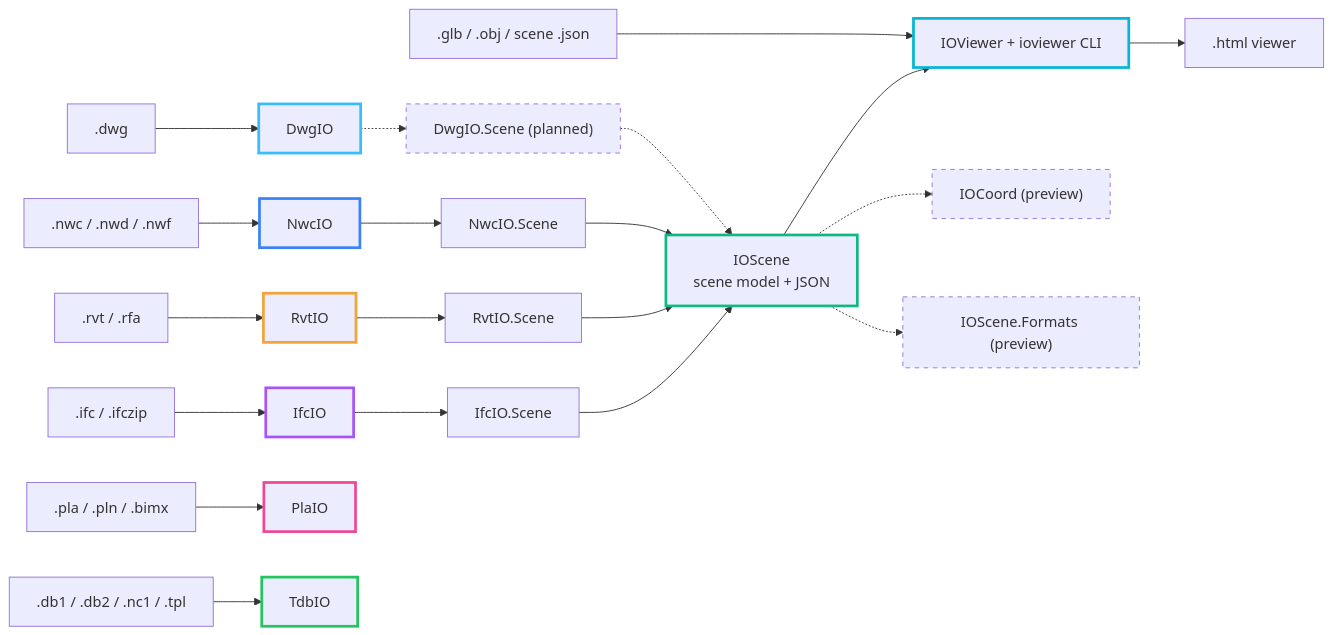
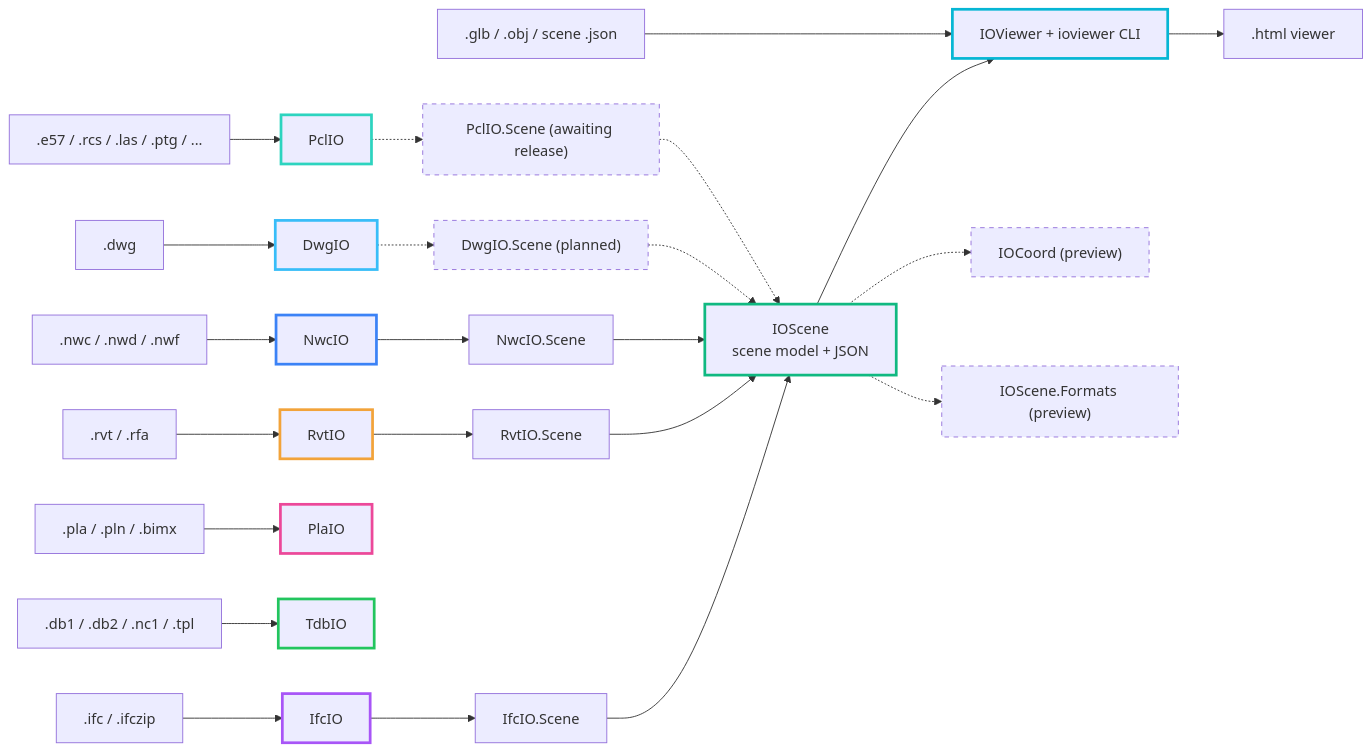
Before and after one commit to IOExtend/.github: the diagram in profile/README.md, drawn with Mermaid. The commit also changed other lines of this file, not shown here.

Commit message:
docs: add PclIO and its scene adapter to the organization profile

````diff
--- a/profile/README.md
+++ b/profile/README.md
@@ -56,44 +57,49 @@
 ```mermaid
 flowchart LR
   ifc[".ifc / .ifczip"] --> IfcIO
   rvt[".rvt / .rfa"] --> RvtIO
   nwc[".nwc / .nwd / .nwf"] --> NwcIO
   dwg[".dwg"] --> DwgIO
   pla[".pla / .pln / .bimx"] --> PlaIO
   tdb[".db1 / .db2 / .nc1 / .tpl"] --> TdbIO
+  pcl[".e57 / .rcs / .las / .ptg / ..."] --> PclIO
 
   IfcIO --> IfcIOScene["IfcIO.Scene"]
   RvtIO --> RvtIOScene["RvtIO.Scene"]
   NwcIO --> NwcIOScene["NwcIO.Scene"]
   DwgIO -.-> DwgIOScene["DwgIO.Scene (planned)"]
+  PclIO -.-> PclIOScene["PclIO.Scene (awaiting release)"]
 
   IfcIOScene --> IOScene["IOScene<br/>scene model + JSON"]
   RvtIOScene --> IOScene
   NwcIOScene --> IOScene
   DwgIOScene -.-> IOScene
+  PclIOScene -.-> IOScene
 
   IOScene --> IOViewer["IOViewer + ioviewer CLI"]
   IOScene -.-> IOCoord["IOCoord (preview)"]
   IOScene -.-> IOSceneFormats["IOScene.Formats (preview)"]
   files[".glb / .obj / scene .json"] ---> IOViewer
   IOViewer --> html[".html viewer"]
 
   classDef rvt stroke:#F2A33A,stroke-width:3px
   classDef nwc stroke:#3B82F6,stroke-width:3px
   classDef ifcio stroke:#A855F7,stroke-width:3px
   classDef dwgio stroke:#38BDF8,stroke-width:3px
   classDef plaio stroke:#EC4899,stroke-width:3px
   classDef tdbio stroke:#22C55E,stroke-width:3px
+  classDef pclio stroke:#2DD4BF,stroke-width:3px
   classDef viewer stroke:#06B6D4,stroke-width:3px
   classDef scene stroke:#10B981,stroke-width:3px
   classDef planned stroke-dasharray: 5 5
   class RvtIO rvt
   class NwcIO nwc
   class IfcIO ifcio
   class DwgIO dwgio
   class PlaIO plaio
   class TdbIO tdbio
+  class PclIO pclio
   class IOViewer viewer
   class IOScene scene
-  class DwgIOScene,IOCoord,IOSceneFormats planned
+  class DwgIOScene,PclIOScene,IOCoord,IOSceneFormats planned
 ```
````
